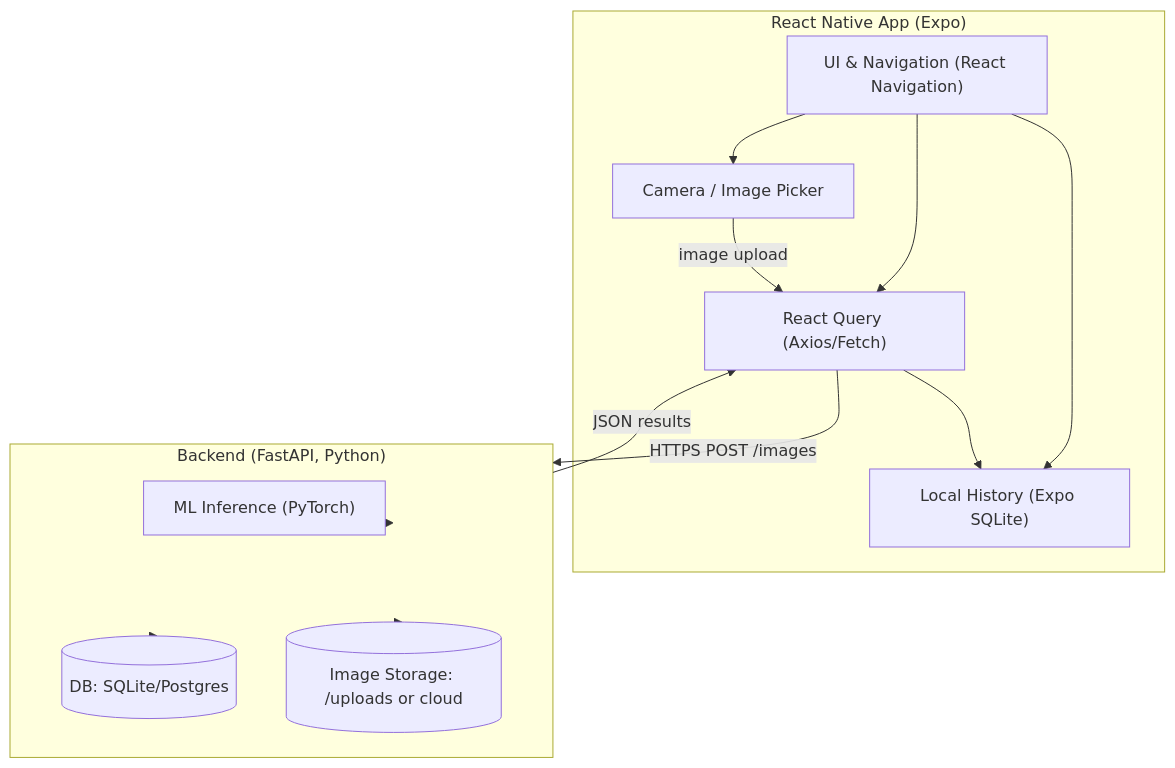
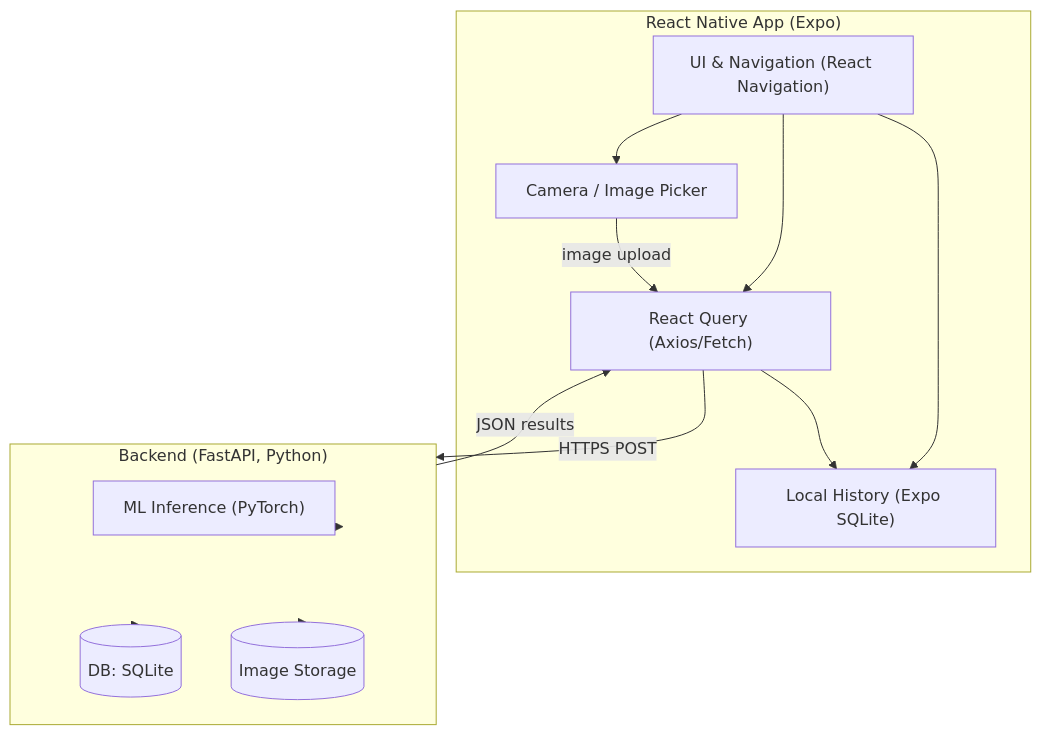
Before and after one commit to Varustevahti/Backend: the first of 2 diagrams in README.md, drawn with Mermaid. The commit also changed other lines of this file, not shown here.

````diff
--- a/README.md
+++ b/README.md
@@ -12,26 +11,26 @@
 ```mermaid
 flowchart TB
     subgraph RN ["React Native App (Expo)"]
       UI["UI & Navigation (React Navigation)"]
       SQ["Local History (Expo SQLite)"]
       RQ["React Query (Axios/Fetch)"]
       CAM["Camera / Image Picker"]
       UI --> CAM
       UI --> RQ
       UI --> SQ
     end
 
     subgraph API ["Backend (FastAPI, Python)"]
       INFER["ML Inference (PyTorch)"]
-      DB[("DB: SQLite/Postgres")]
-      FS[("Image Storage: /uploads or cloud")]
+      DB[("DB: SQLite")]
+      FS[("Image Storage")]
     end
 
     CAM -->|image upload| RQ
-    RQ -->|HTTPS POST /images| API
+    RQ -->|HTTPS POST| API
     API --> FS
     API --> INFER
     API --> DB
     API -->|JSON results| RQ
     RQ --> SQ
 ```
````
